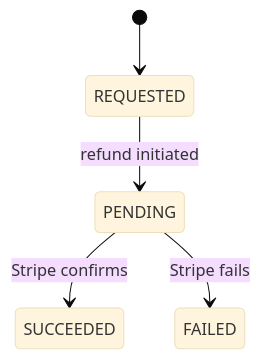
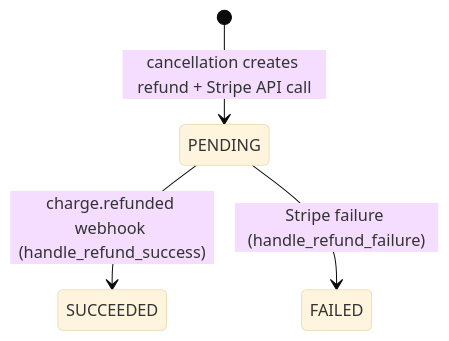
The seventh of 9 diagrams in docs/STATE_MACHINES.md (staniborII/corgi_policy_administration_t1), drawn with Mermaid (base theme) before and after one commit. The commit also changed other lines of this file and 32 other files, not shown here.

````diff
--- a/docs/STATE_MACHINES.md
+++ b/docs/STATE_MACHINES.md
@@ -99,7 +99,6 @@
 ```mermaid
 stateDiagram-v2
-    [*] --> REQUESTED
-    REQUESTED --> PENDING : refund initiated
-    PENDING --> SUCCEEDED : Stripe confirms
-    PENDING --> FAILED : Stripe fails
+    [*] --> PENDING : cancellation creates refund + Stripe API call
+    PENDING --> SUCCEEDED : charge.refunded webhook (handle_refund_success)
+    PENDING --> FAILED : Stripe failure (handle_refund_failure)
 ```
````
